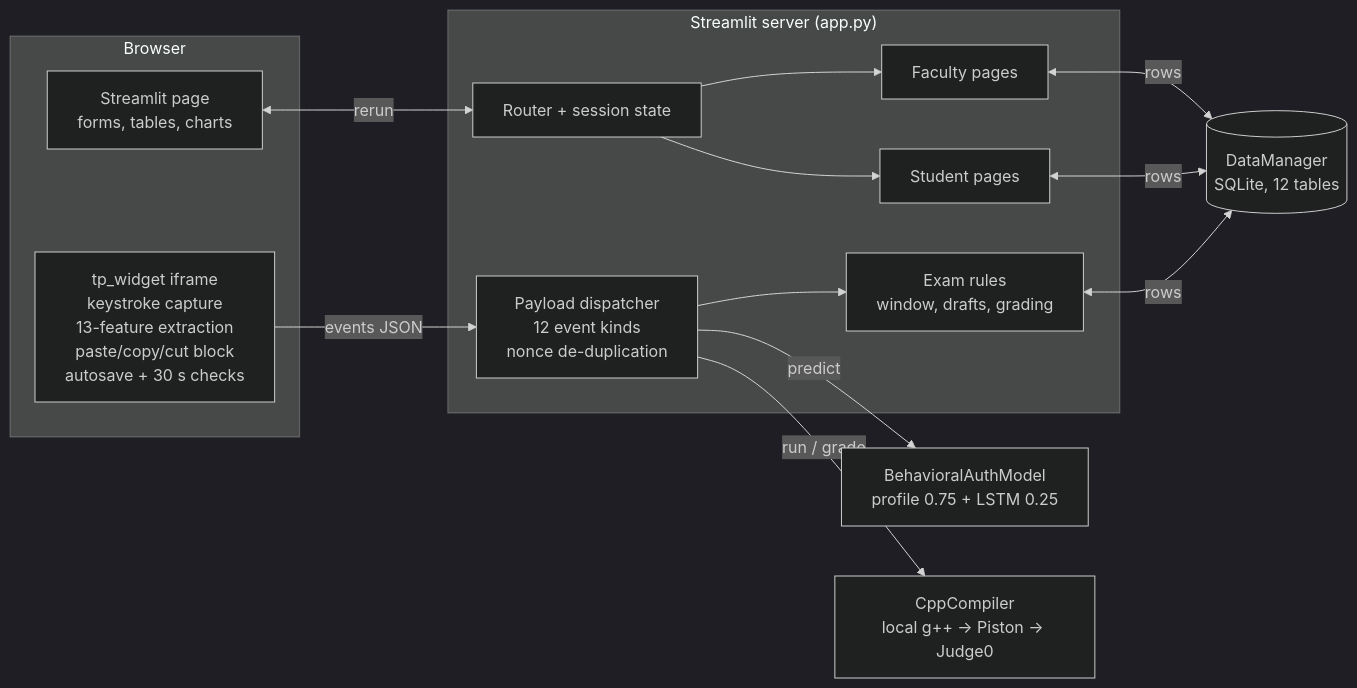
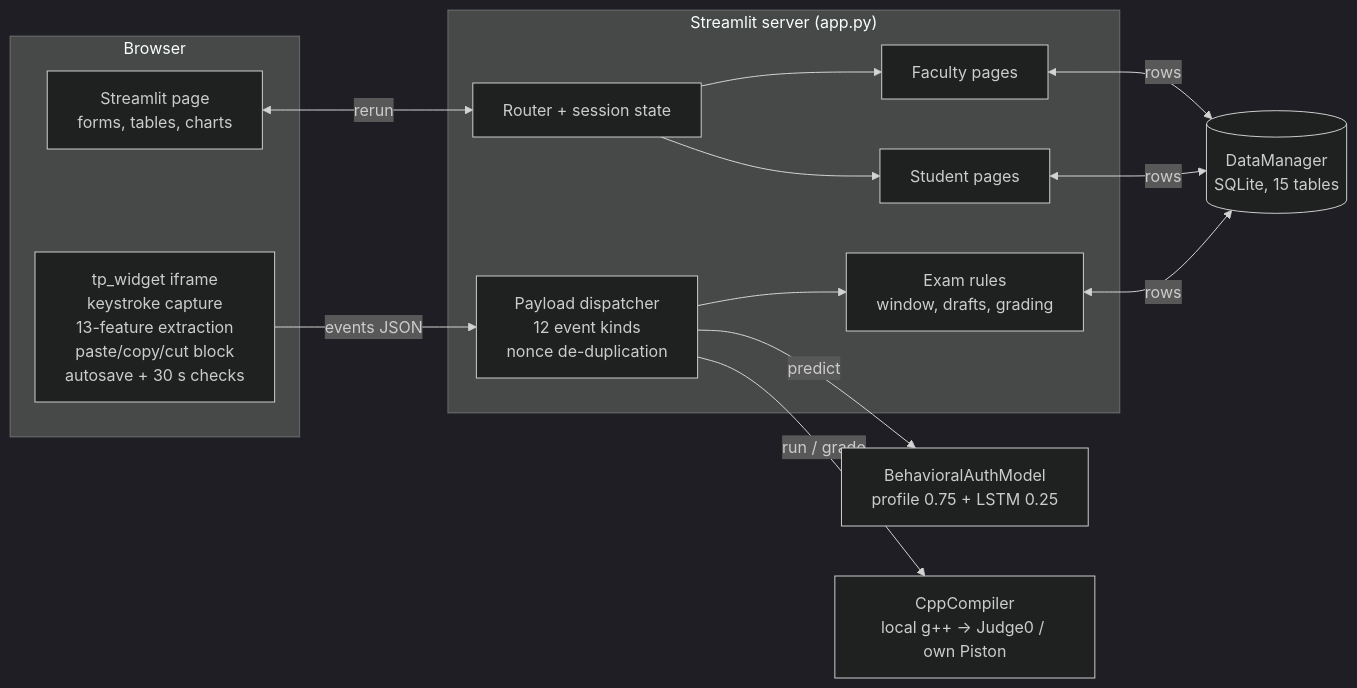
Before and after one commit to erharsh2104/TrueTestAuth: the first of 9 diagrams in README.md, drawn with Mermaid (dark theme). The commit also changed other lines of this file and 4 other files, not shown here.

````diff
--- a/README.md
+++ b/README.md
@@ -95,25 +96,25 @@
 ```mermaid
 flowchart LR
     subgraph Browser
         P[Streamlit page<br/>forms, tables, charts]
         W[tp_widget iframe<br/>keystroke capture<br/>13-feature extraction<br/>paste/copy/cut block<br/>autosave + 30 s checks]
     end
     subgraph Server["Streamlit server (app.py)"]
         R[Router + session state]
         D[Payload dispatcher<br/>12 event kinds<br/>nonce de-duplication]
         F[Faculty pages]
         S[Student pages]
         E[Exam rules<br/>window, drafts, grading]
     end
-    DM[(DataManager<br/>SQLite, 12 tables)]
+    DM[(DataManager<br/>SQLite, 15 tables)]
     M[BehavioralAuthModel<br/>profile 0.75 + LSTM 0.25]
-    C[CppCompiler<br/>local g++ → Piston → Judge0]
+    C[CppCompiler<br/>local g++ → Judge0 / own Piston]
 
     P <-->|rerun| R
     W -->|events JSON| D
     R --> F & S
     D --> E
     F & S & E <-->|rows| DM
     D -->|predict| M
     D -->|run / grade| C
 ```
````
